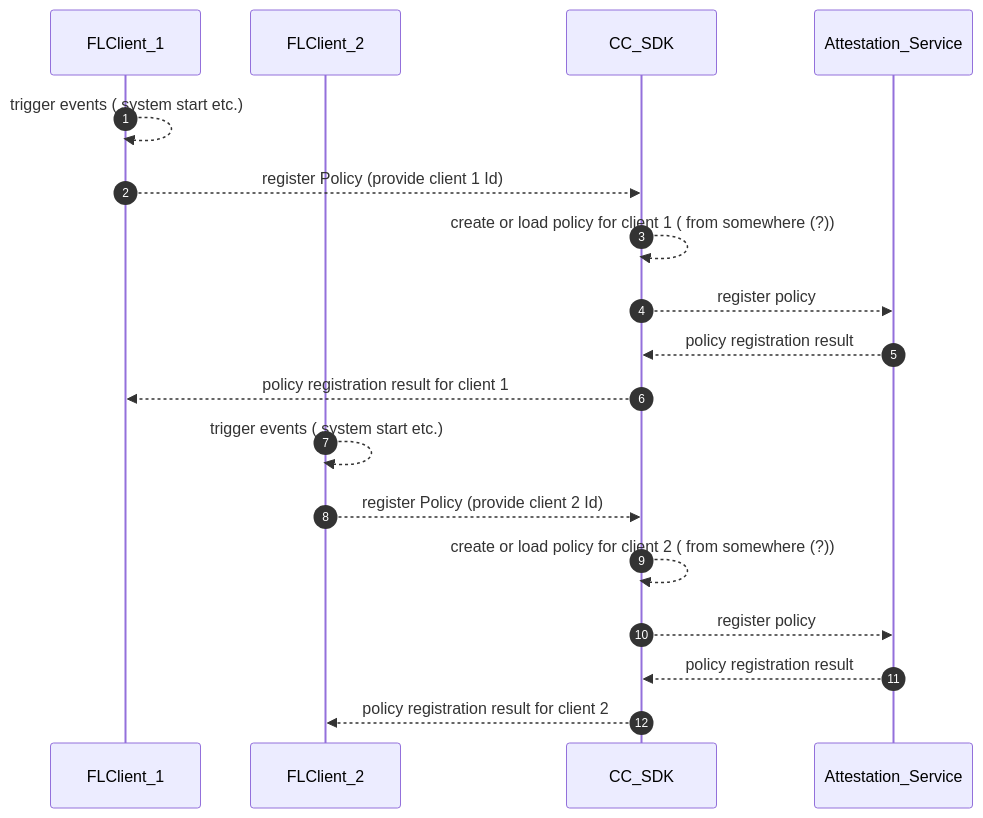
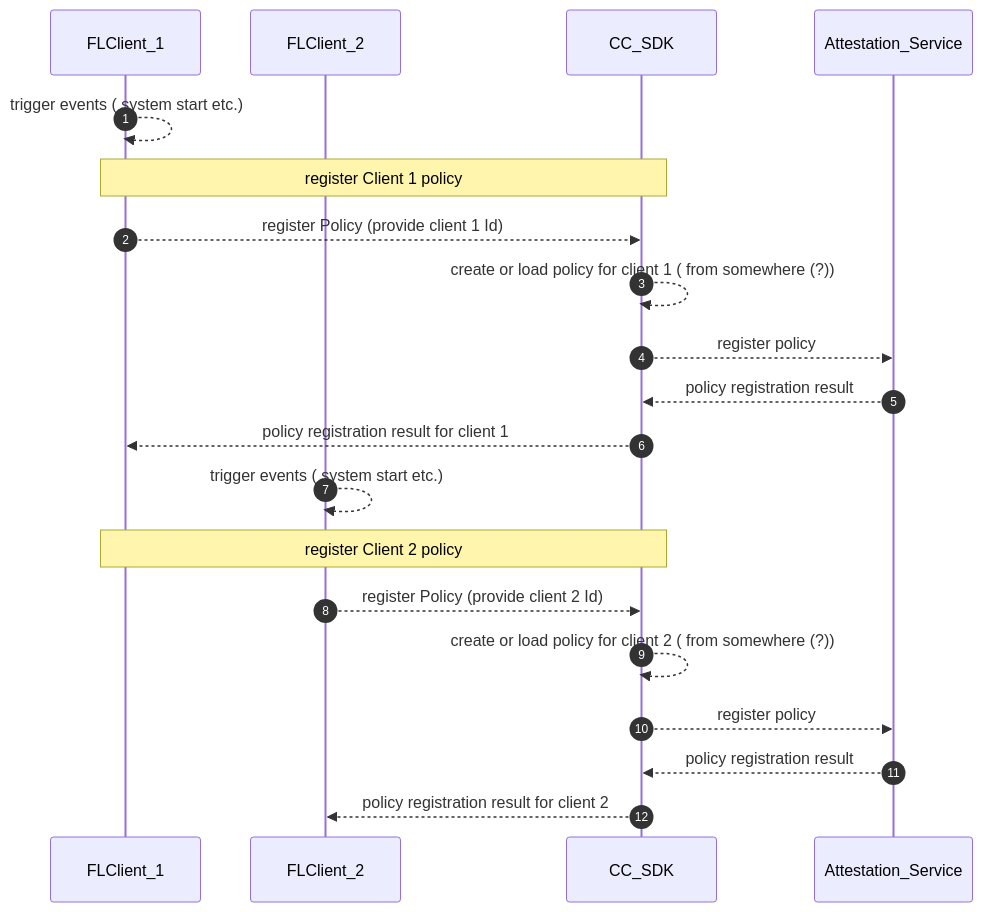
The first of 5 diagrams in docs/confidential_computing/detailed_cc_sequence_diagram.md (hitesh-ag1/NVFlare), drawn with Mermaid before and after one commit. The commit also changed other lines of this file, not shown here.

Commit message:
Sequence diagram for CC

````diff
--- a/docs/confidential_computing/detailed_cc_sequence_diagram.md
+++ b/docs/confidential_computing/detailed_cc_sequence_diagram.md
@@ -14,24 +14,26 @@
 ```mermaid
 sequenceDiagram
    autonumber
     participant FLClient_1
     participant FLClient_2
     participant CC_SDK
     participant Attestation_Service
 
     FLClient_1 -->> FLClient_1: trigger events ( system start etc.)
+    Note over FLClient_1, CC_SDK: register Client 1 policy 
     FLClient_1 -->> CC_SDK: register Policy (provide client 1 Id) 
     CC_SDK -->> CC_SDK: create or load policy for client 1  ( from somewhere (?))
     CC_SDK -->> Attestation_Service: register policy
     Attestation_Service -->> CC_SDK: policy registration result
     CC_SDK -->> FLClient_1: policy registration result for client 1
     
 
     FLClient_2 -->> FLClient_2: trigger events ( system start etc.)
+    Note over FLClient_1, CC_SDK: register Client 2 policy
     FLClient_2 -->> CC_SDK: register Policy (provide client 2 Id)
     CC_SDK -->> CC_SDK: create or load policy for client 2  ( from somewhere (?))
     CC_SDK -->> Attestation_Service: register policy
     Attestation_Service -->> CC_SDK: policy registration result
     CC_SDK -->> FLClient_2: policy registration result for client 2
      
 ```
````
